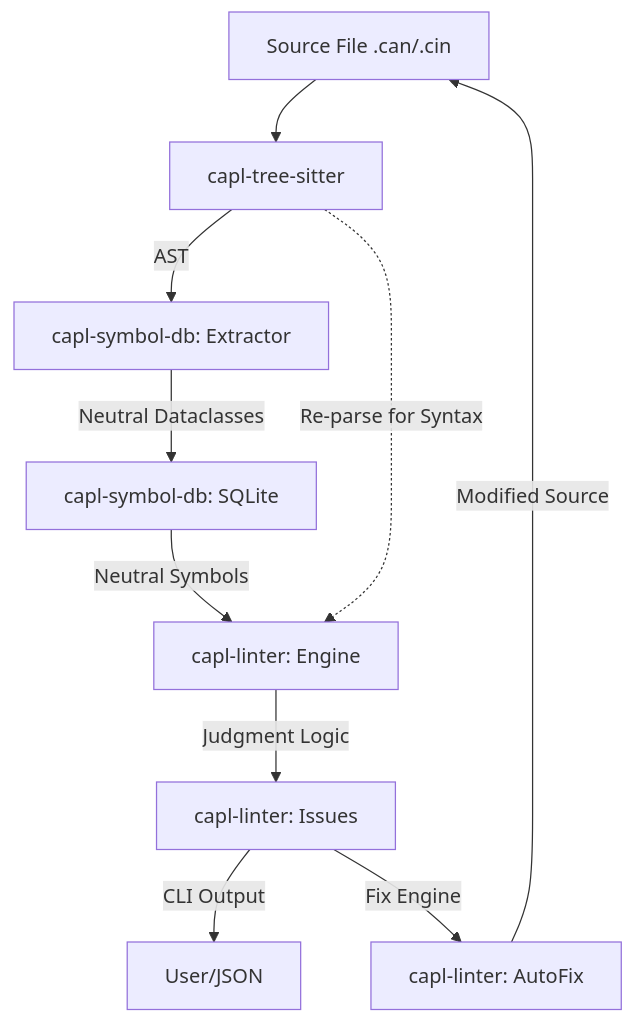
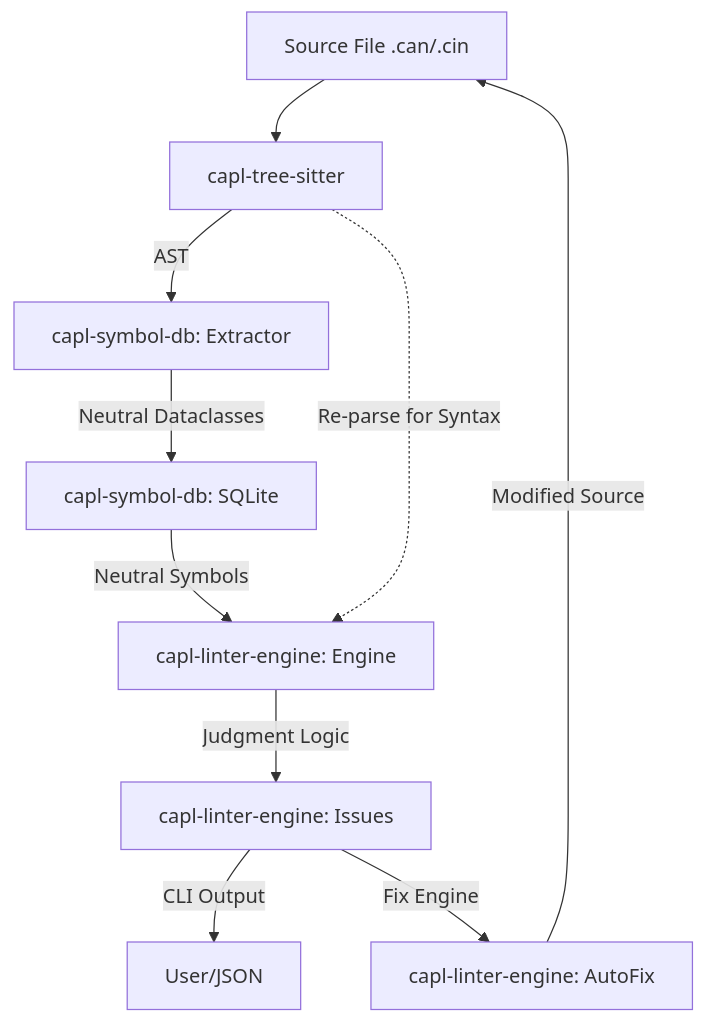
One commit to MohamedHamed19m/CAPL_Linter changed the diagram in ARCHITECTURE.md. Above: the diagram before and after it, drawn with Mermaid. The commit also changed other lines of this file and 24 other files, not shown here.

Commit message:
chore: rename project to capllint and library to capl-linter-engine

````diff
--- a/ARCHITECTURE.md
+++ b/ARCHITECTURE.md
@@ -9,12 +9,12 @@
 ```mermaid
 graph TD
     A[Source File .can/.cin] --> B[capl-tree-sitter]
     B -->|AST| C[capl-symbol-db: Extractor]
     C -->|Neutral Dataclasses| D[capl-symbol-db: SQLite]
-    D -->|Neutral Symbols| E[capl-linter: Engine]
-    E -->|Judgment Logic| F[capl-linter: Issues]
+    D -->|Neutral Symbols| E[capl-linter-engine: Engine]
+    E -->|Judgment Logic| F[capl-linter-engine: Issues]
     B -.->|Re-parse for Syntax| E
     F -->|CLI Output| G[User/JSON]
-    F -->|Fix Engine| H[capl-linter: AutoFix]
+    F -->|Fix Engine| H[capl-linter-engine: AutoFix]
     H -->|Modified Source| A
 ```
````
